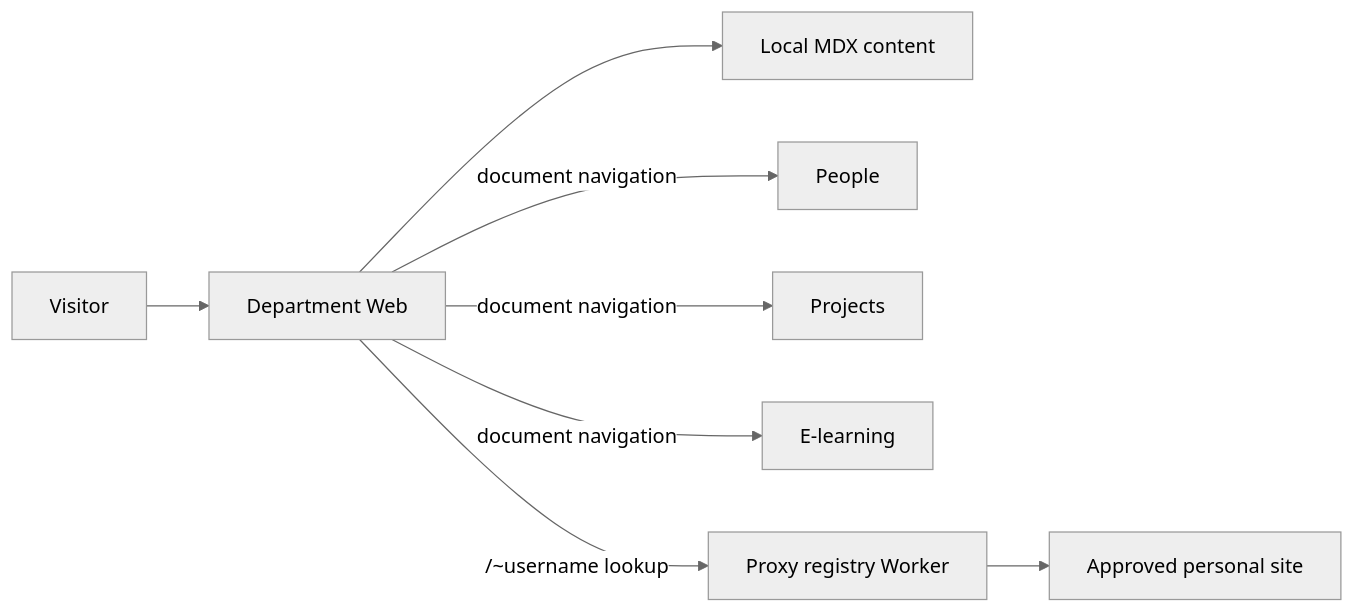
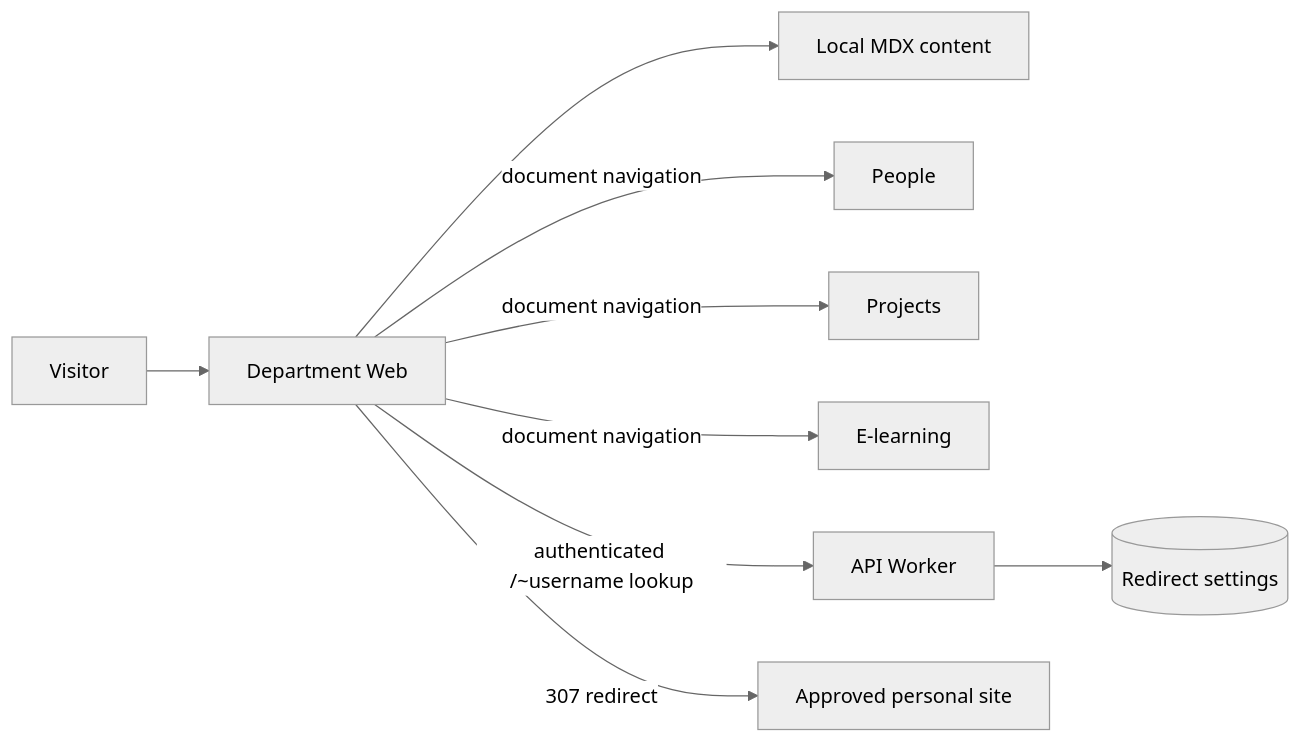
The diagram in docs/APPLICATIONS/WEB/INDEX.md (shamilaw-sci/CSC3213_20_Group_B), drawn with Mermaid (neutral theme) before and after one commit. The commit also changed other lines of this file and 40 other files, not shown here.

Commit message:
feat(web): replace personal site proxy with redirects

````diff
--- a/docs/APPLICATIONS/WEB/INDEX.md
+++ b/docs/APPLICATIONS/WEB/INDEX.md
@@ -12,10 +12,11 @@
 ```mermaid
 flowchart LR
   Visitor[Visitor] --> Web[Department Web]
   Web --> MDX[Local MDX content]
   Web -->|document navigation| People[People]
   Web -->|document navigation| Projects[Projects]
   Web -->|document navigation| LMS[E-learning]
-  Web -->|/~username lookup| Worker[Proxy registry Worker]
-  Worker --> Personal[Approved personal site]
+  Web -->|authenticated /~username lookup| API[API Worker]
+  API --> D1[(Redirect settings)]
+  Web -->|307 redirect| Personal[Approved personal site]
 ```
````
